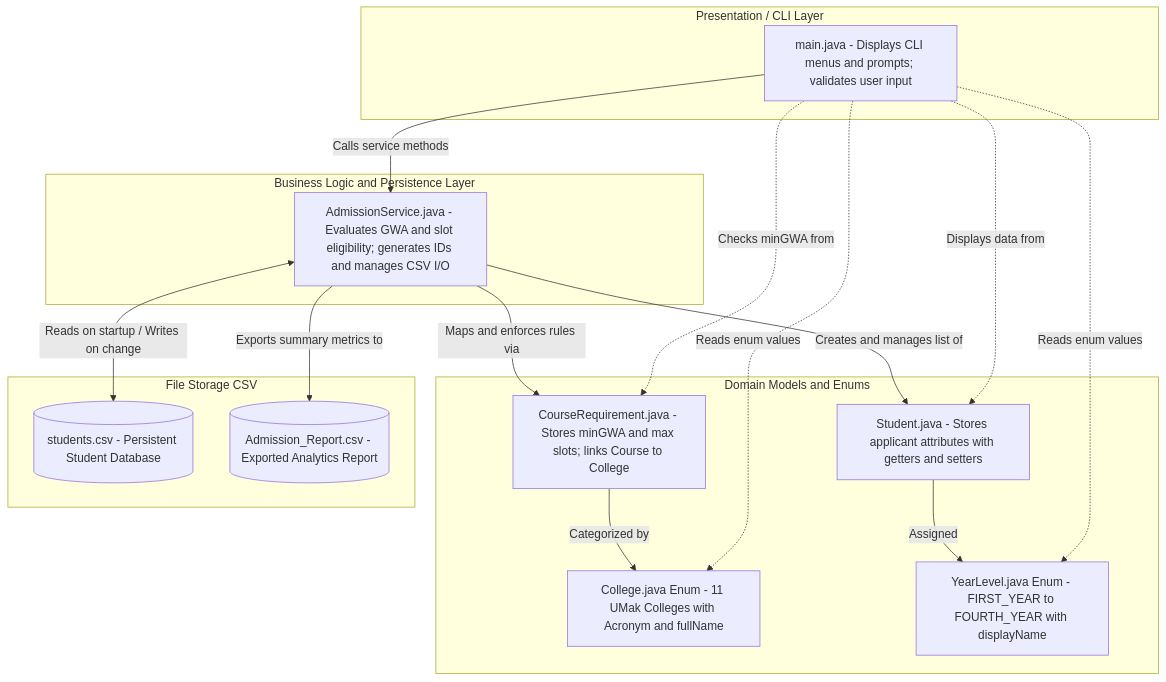
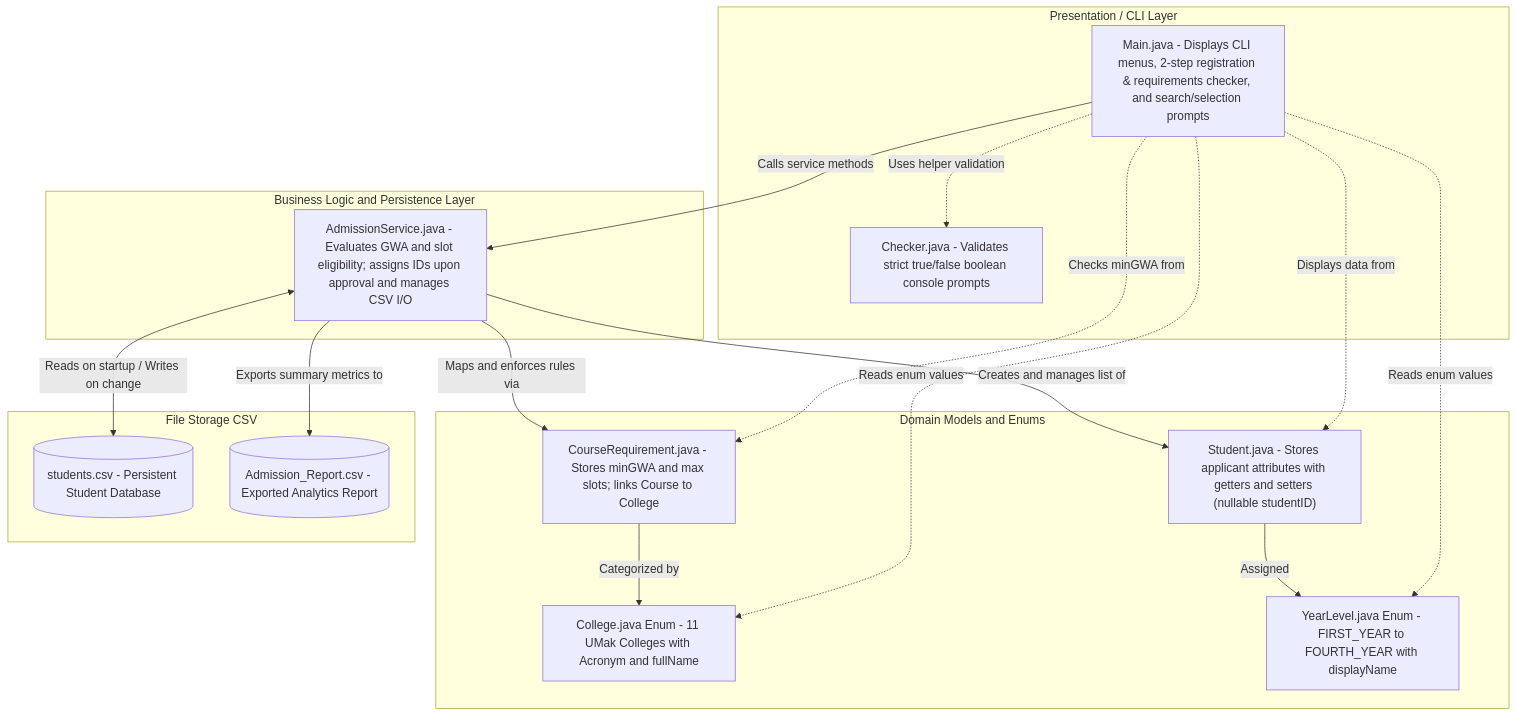
Before and after one commit to NA0r3n/SchoolAdmission-JavaBased-System: the first of 2 diagrams in System Flowcharts and Pseudocode.md, drawn with Mermaid. The commit also changed other lines of this file and 1 other file, not shown here.

````diff
--- a/System Flowcharts and Pseudocode.md
+++ b/System Flowcharts and Pseudocode.md
@@ -7,36 +7,38 @@
 ```mermaid
 flowchart TD
     subgraph Presentation_Layer ["Presentation / CLI Layer"]
-        MAIN["main.java - Displays CLI menus and prompts; validates user input"]
+        MAIN["Main.java - Displays CLI menus, 2-step registration & requirements checker, and search/selection prompts"]
+        CHECKER["Checker.java - Validates strict true/false boolean console prompts"]
     end
 
     subgraph Service_Layer ["Business Logic and Persistence Layer"]
-        SERVICE["AdmissionService.java - Evaluates GWA and slot eligibility; generates IDs and manages CSV I/O"]
+        SERVICE["AdmissionService.java - Evaluates GWA and slot eligibility; assigns IDs upon approval and manages CSV I/O"]
     end
 
     subgraph Domain_Models ["Domain Models and Enums"]
-        STUDENT["Student.java - Stores applicant attributes with getters and setters"]
+        STUDENT["Student.java - Stores applicant attributes with getters and setters (nullable studentID)"]
         COURSEREQ["CourseRequirement.java - Stores minGWA and max slots; links Course to College"]
         COLLEGE["College.java Enum - 11 UMak Colleges with Acronym and fullName"]
         YEAR["YearLevel.java Enum - FIRST_YEAR to FOURTH_YEAR with displayName"]
     end
 
     subgraph Storage_Layer ["File Storage CSV"]
         CSV_DB[("students.csv - Persistent Student Database")]
         CSV_REP[("Admission_Report.csv - Exported Analytics Report")]
     end
 
     MAIN -->|"Calls service methods"| SERVICE
+    MAIN -.->|"Uses helper validation"| CHECKER
     MAIN -.->|"Reads enum values"| COLLEGE
     MAIN -.->|"Reads enum values"| YEAR
     MAIN -.->|"Displays data from"| STUDENT
     MAIN -.->|"Checks minGWA from"| COURSEREQ
 
     SERVICE -->|"Creates and manages list of"| STUDENT
     SERVICE -->|"Maps and enforces rules via"| COURSEREQ
     COURSEREQ -->|"Categorized by"| COLLEGE
     STUDENT -->|"Assigned"| YEAR
 
     SERVICE <-->|"Reads on startup / Writes on change"| CSV_DB
     SERVICE -->|"Exports summary metrics to"| CSV_REP
 ```
````
